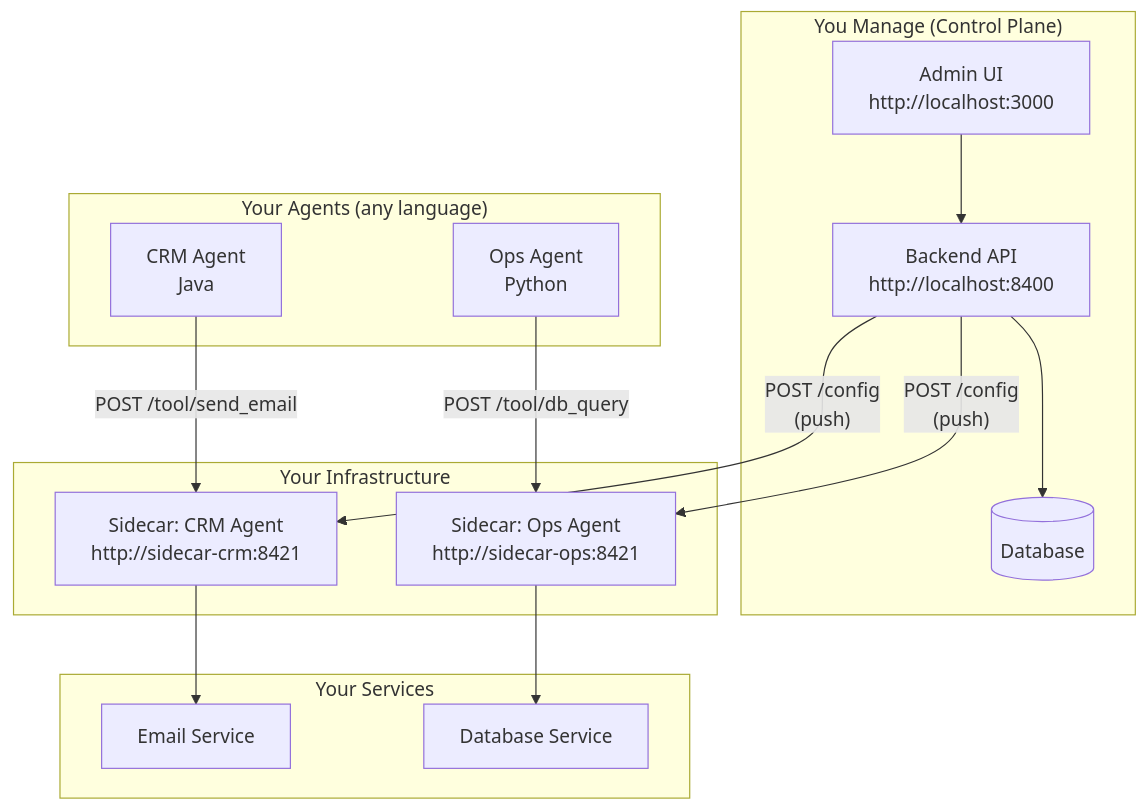
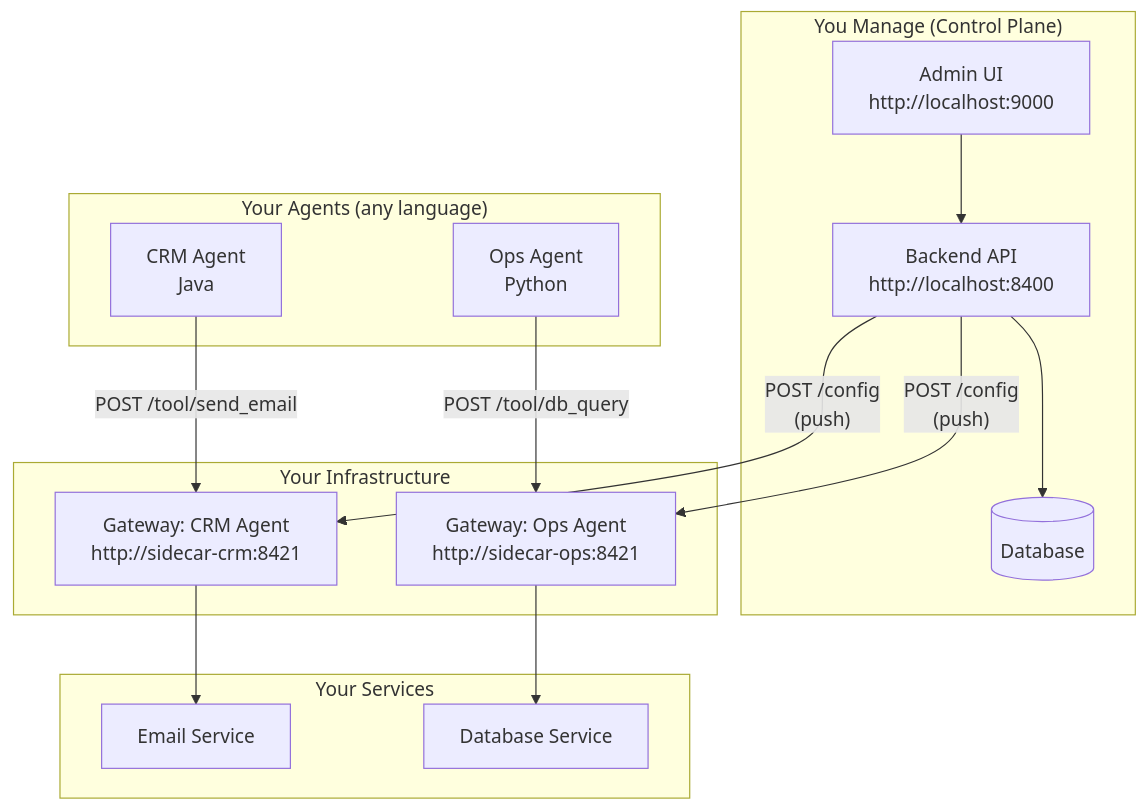
The second of 13 diagrams in control-plane/docs/getting-started.md (hk-775/ostiari), drawn with Mermaid before and after one commit. The commit also changed other lines of this file and 21 other files, not shown here.

````diff
--- a/control-plane/docs/getting-started.md
+++ b/control-plane/docs/getting-started.md
@@ -147,32 +158,32 @@
 ```mermaid
 graph TB
     subgraph "You Manage (Control Plane)"
-        UI[Admin UI<br/>http://localhost:3000]
+        UI[Admin UI<br/>http://localhost:9000]
         API[Backend API<br/>http://localhost:8400]
         DB[(Database)]
     end
 
     subgraph "Your Infrastructure"
-        SC1[Sidecar: CRM Agent<br/>http://sidecar-crm:8421]
-        SC2[Sidecar: Ops Agent<br/>http://sidecar-ops:8421]
+        SC1[Gateway: CRM Agent<br/>http://sidecar-crm:8421]
+        SC2[Gateway: Ops Agent<br/>http://sidecar-ops:8421]
     end
 
     subgraph "Your Agents (any language)"
         A1[CRM Agent<br/>Java]
         A2[Ops Agent<br/>Python]
     end
 
     subgraph "Your Services"
         E[Email Service]
         DB2[Database Service]
     end
 
     UI --> API
     API --> DB
     API -->|"POST /config<br/>(push)"| SC1
     API -->|"POST /config<br/>(push)"| SC2
     A1 -->|"POST /tool/send_email"| SC1
     A2 -->|"POST /tool/db_query"| SC2
     SC1 --> E
     SC2 --> DB2
 ```
````
